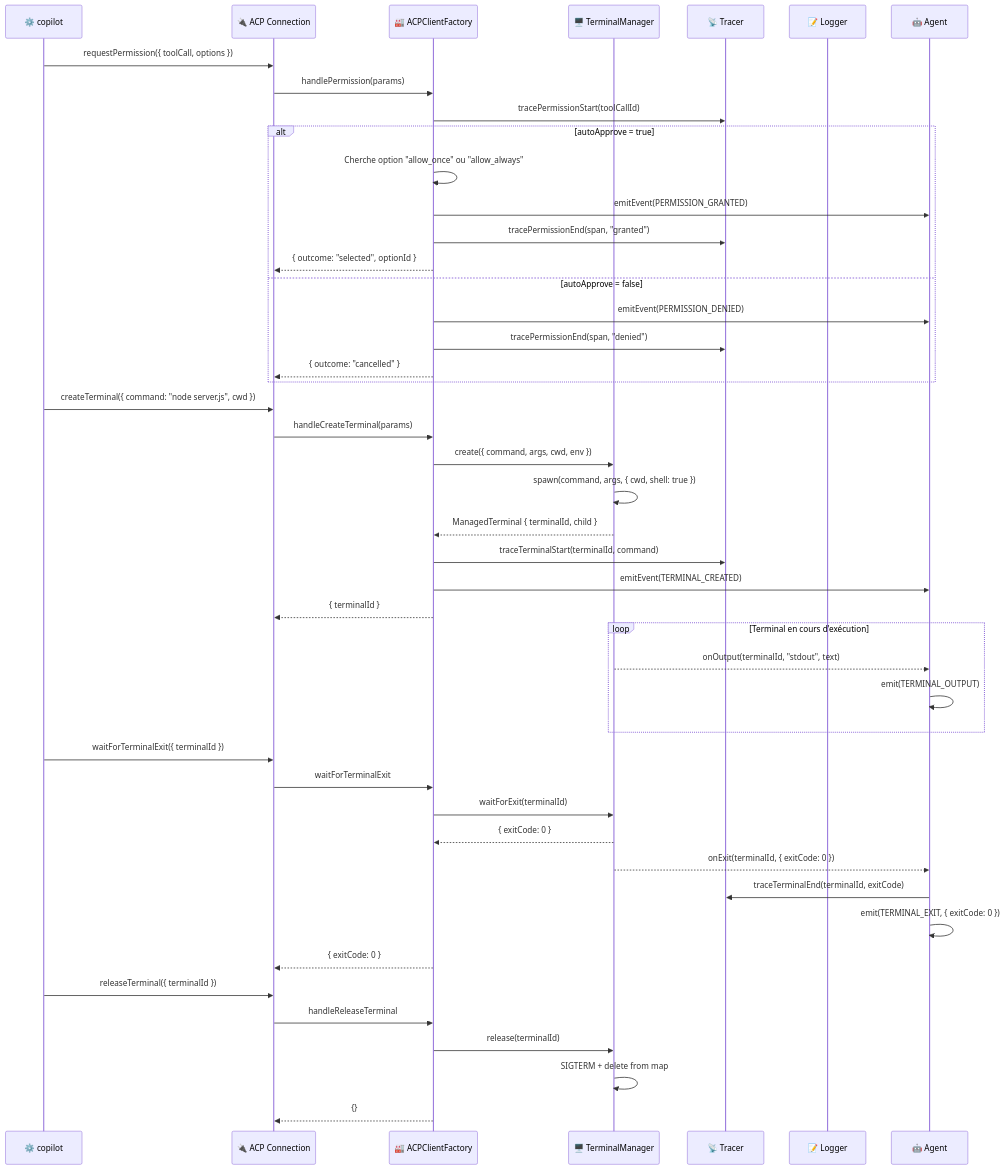
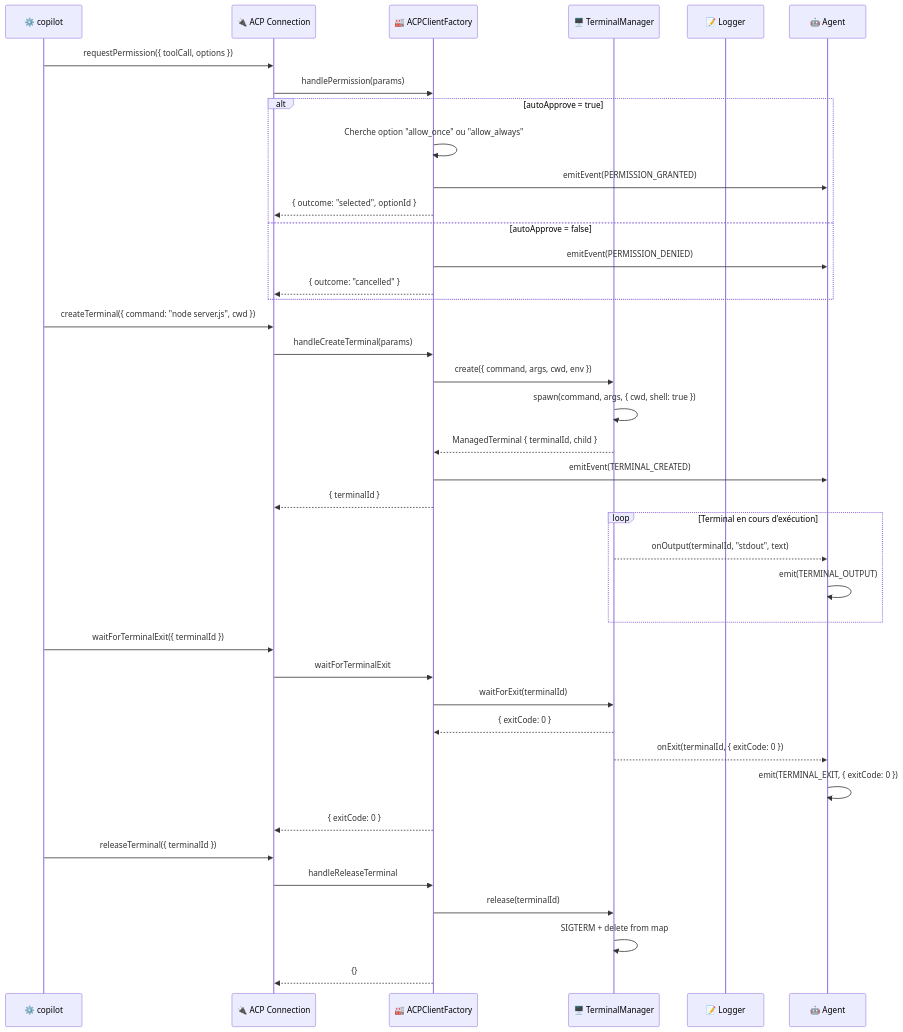
Before and after one commit to atinseau/stark: the third of 9 diagrams in docs/architecture/sequences.md, drawn with Mermaid. The commit also changed other lines of this file and 13 other files, not shown here.

````diff
--- a/docs/architecture/sequences.md
+++ b/docs/architecture/sequences.md
@@ -218,58 +192,51 @@
 ```mermaid
 sequenceDiagram
     participant PROC as ⚙️ copilot
     participant CONN as 🔌 ACP Connection
     participant ACF as 🏭 ACPClientFactory
     participant TM as 🖥️ TerminalManager
-    participant T as 📡 Tracer
     participant L as 📝 Logger
     participant A as 🤖 Agent
 
     PROC->>CONN: requestPermission({ toolCall, options })
     CONN->>ACF: handlePermission(params)
 
-    ACF->>T: tracePermissionStart(toolCallId)
-
     alt autoApprove = true
         ACF->>ACF: Cherche option "allow_once" ou "allow_always"
         ACF->>A: emitEvent(PERMISSION_GRANTED)
-        ACF->>T: tracePermissionEnd(span, "granted")
         ACF-->>CONN: { outcome: "selected", optionId }
     else autoApprove = false
         ACF->>A: emitEvent(PERMISSION_DENIED)
-        ACF->>T: tracePermissionEnd(span, "denied")
         ACF-->>CONN: { outcome: "cancelled" }
     end
 
     PROC->>CONN: createTerminal({ command: "node server.js", cwd })
     CONN->>ACF: handleCreateTerminal(params)
     ACF->>TM: create({ command, args, cwd, env })
     TM->>TM: spawn(command, args, { cwd, shell: true })
     TM-->>ACF: ManagedTerminal { terminalId, child }
 
-    ACF->>T: traceTerminalStart(terminalId, command)
     ACF->>A: emitEvent(TERMINAL_CREATED)
     ACF-->>CONN: { terminalId }
 
     loop Terminal en cours d'exécution
         TM-->>A: onOutput(terminalId, "stdout", text)
         A->>A: emit(TERMINAL_OUTPUT)
     end
 
     PROC->>CONN: waitForTerminalExit({ terminalId })
     CONN->>ACF: waitForTerminalExit
     ACF->>TM: waitForExit(terminalId)
     TM-->>ACF: { exitCode: 0 }
 
     TM-->>A: onExit(terminalId, { exitCode: 0 })
-    A->>T: traceTerminalEnd(terminalId, exitCode)
     A->>A: emit(TERMINAL_EXIT, { exitCode: 0 })
 
     ACF-->>CONN: { exitCode: 0 }
 
     PROC->>CONN: releaseTerminal({ terminalId })
     CONN->>ACF: handleReleaseTerminal
     ACF->>TM: release(terminalId)
     TM->>TM: SIGTERM + delete from map
     ACF-->>CONN: {}
 ```
````
